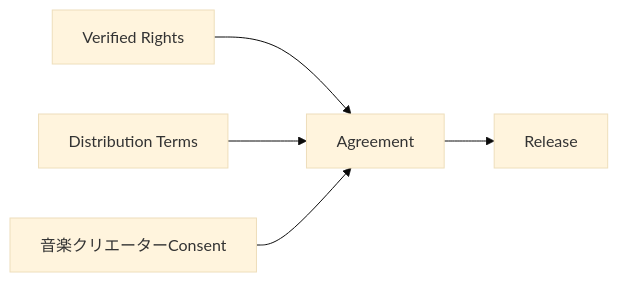
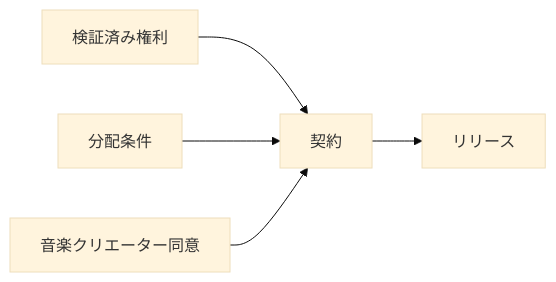
One commit to ShigeichiroYamasaki/creator-first-platform changed diagram 12 of 29 in docs/whitepaper/05-creator-onboarding.md. Above: the diagram before and after it, drawn with Mermaid (base theme). The commit also changed other lines of this file and 72 other files, not shown here.

````diff
--- a/docs/whitepaper/05-creator-onboarding.md
+++ b/docs/whitepaper/05-creator-onboarding.md
@@ -408,13 +408,13 @@
 ```mermaid
 flowchart LR
-    RIGHTS[Verified Rights]
-    TERMS[Distribution Terms]
-    CONSENT[音楽クリエーターConsent]
-    CONTRACT[Agreement]
-    RELEASE[Release]
+    RIGHTS[検証済み権利]
+    TERMS[分配条件]
+    CONSENT[音楽クリエーター同意]
+    CONTRACT[契約]
+    RELEASE[リリース]
 
     RIGHTS --> CONTRACT
     TERMS --> CONTRACT
     CONSENT --> CONTRACT
     CONTRACT --> RELEASE
 ```
````
